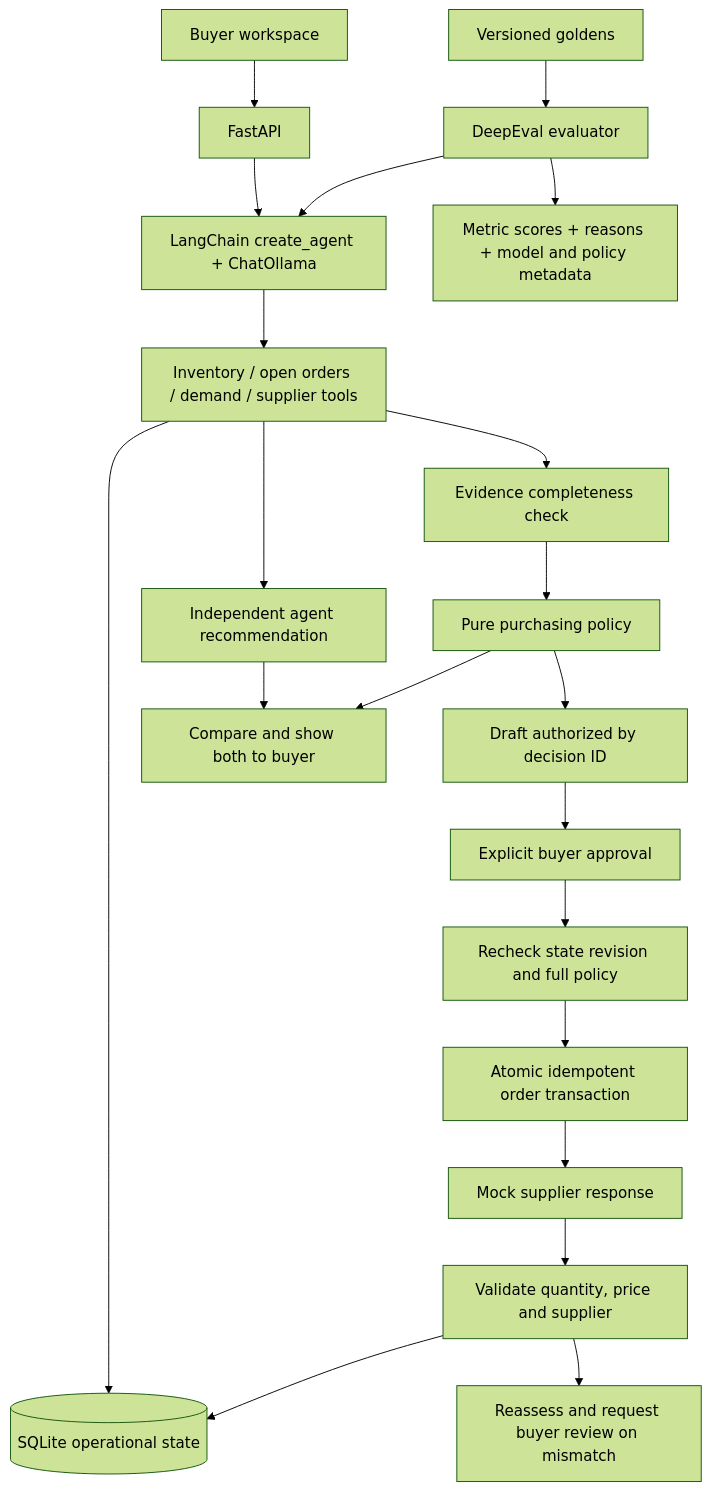
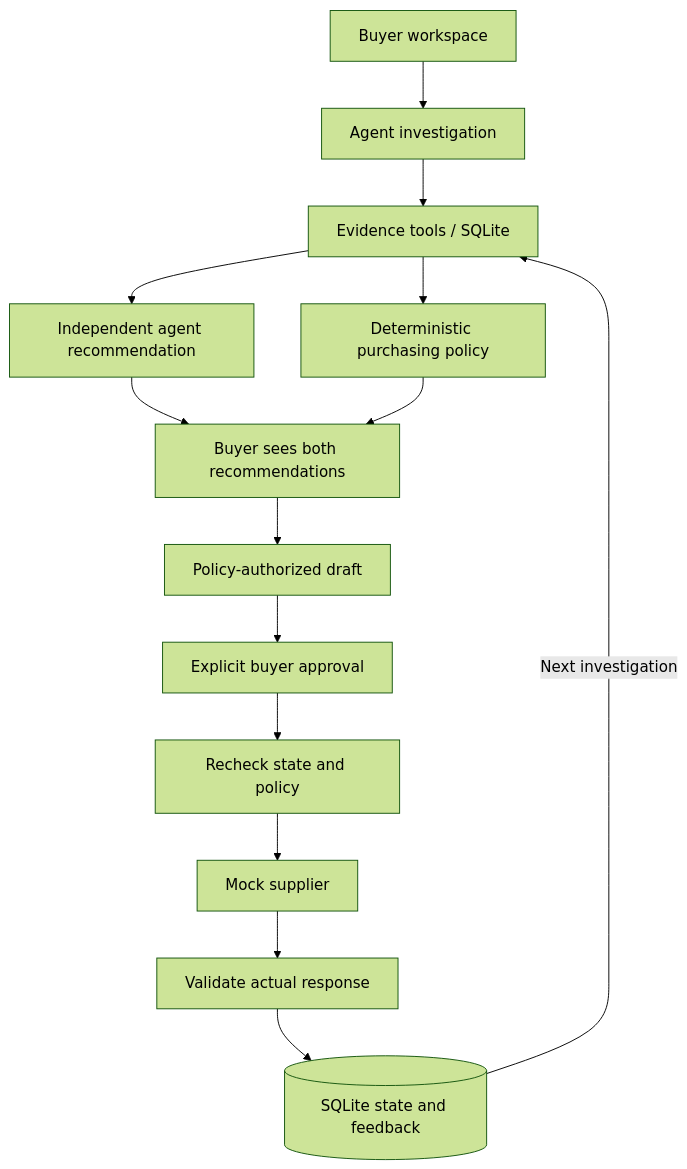
The diagram in README.md (botARPIT/rappi_assignment_buy_agent), drawn with Mermaid (forest theme) before and after one commit. The commit also changed other lines of this file and 2 other files, not shown here.

First line of the commit message:
docs: simplify evaluator overview and separate detailed setup

````diff
--- a/README.md
+++ b/README.md
@@ -121,23 +53,16 @@
 ```mermaid
 flowchart TD
-    UI[Buyer workspace] --> API[FastAPI]
-    API --> Agent[LangChain create_agent + ChatOllama]
-    Agent --> Reads[Inventory / open orders / demand / supplier tools]
-    Reads --> DB[(SQLite operational state)]
-    Reads --> Review[Independent agent recommendation]
-    Reads --> Evidence[Evidence completeness check]
-    Evidence --> Policy[Pure purchasing policy]
-    Review --> Comparison[Compare and show both to buyer]
-    Policy --> Comparison
-    Policy --> Draft[Draft authorized by decision ID]
-    Draft --> Buyer[Explicit buyer approval]
-    Buyer --> Fresh[Recheck state revision and full policy]
-    Fresh --> Tx[Atomic idempotent order transaction]
-    Tx --> Supplier[Mock supplier response]
-    Supplier --> Validation[Validate quantity, price and supplier]
-    Validation --> DB
-    Validation --> Followup[Reassess and request buyer review on mismatch]
-    Goldens[Versioned goldens] --> DeepEval[DeepEval evaluator]
-    DeepEval --> Agent
-    DeepEval --> Report[Metric scores + reasons + model and policy metadata]
+    UI[Buyer workspace] --> Agent[Agent investigation]
+    Agent --> Evidence[Evidence tools / SQLite]
+    Evidence --> Advice[Independent agent recommendation]
+    Evidence --> Policy[Deterministic purchasing policy]
+    Advice --> Review[Buyer sees both recommendations]
+    Policy --> Review
+    Review --> Draft[Policy-authorized draft]
+    Draft --> Approval[Explicit buyer approval]
+    Approval --> Recheck[Recheck state and policy]
+    Recheck --> Supplier[Mock supplier]
+    Supplier --> Validate[Validate actual response]
+    Validate --> State[(SQLite state and feedback)]
+    State -->|Next investigation| Evidence
 ```
````
